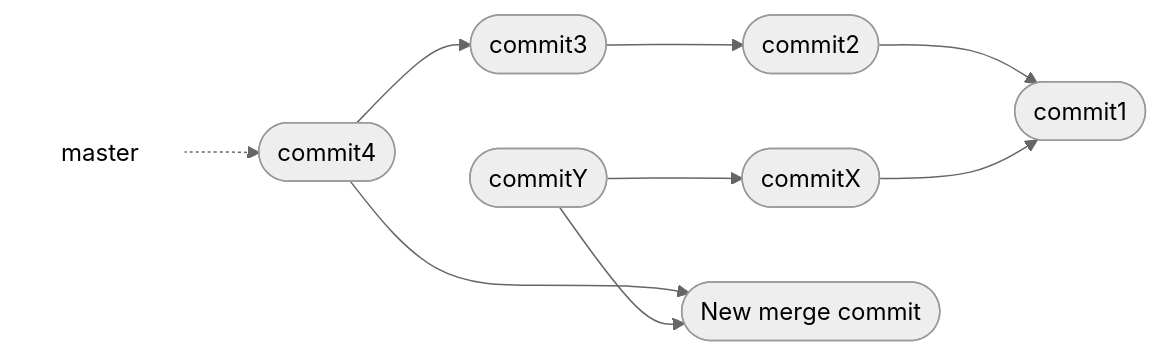
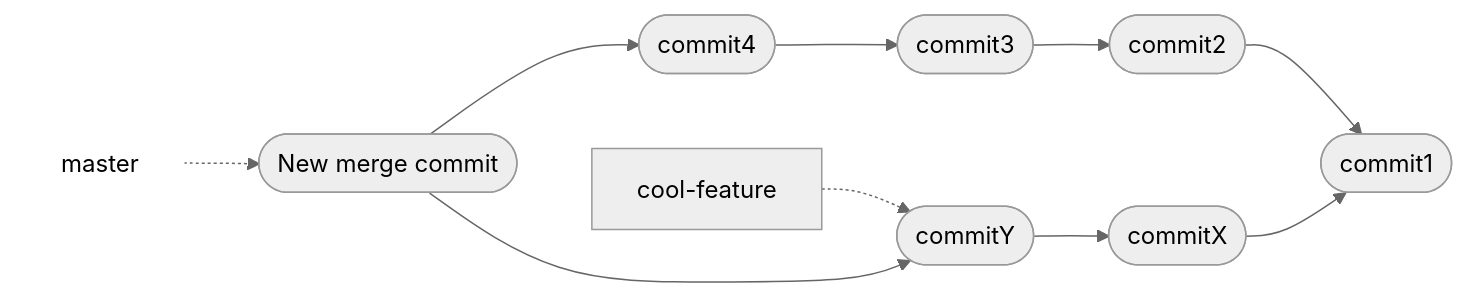
Before and after one commit to hpc2n/course-intro-git: the third of 9 diagrams in docs/branches.md, drawn with Mermaid (neutral theme). The commit also changed other lines of this file, not shown here.

Commit message:
Continuing to convert from hackmd

````diff
--- a/docs/branches.md
+++ b/docs/branches.md
@@ -312,23 +312,24 @@
 ```mermaid
 graph LR
 
+  commit4Y(["New merge commit"])
   master["master"]
   style master fill:#ffffff,stroke:#ffffff
 
   commitX(["commitX"])
   commit1(["commit1"])
   commit2(["commit2"])
   commitY(["commitY"])
   commit3(["commit3"])
   commit4(["commit4"])
-  commit4Y(["New merge commit"])
 
-  master -.-> commit4
+  master -.-> commit4Y
   commit4 --> commit3
-  commit4 --> commit4Y
+  commit4Y --> commit4
+  cool-feature -.-> commitY
   commit3 --> commit2
   commit2 --> commit1
   commitY --> commitX
-  commitY --> commit4Y
+  commit4Y --> commitY
   commitX --> commit1
 ```
````
